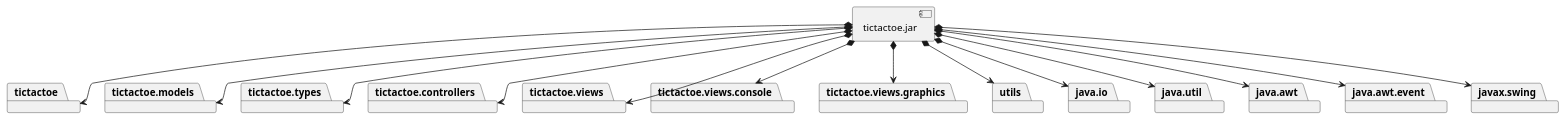
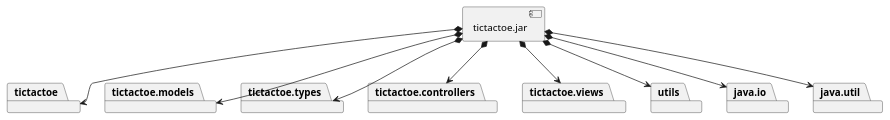
One commit to x-USantaTecla-game-ticTacToe/java changed the third of 4 diagrams in docs/src/docs/asciidoc/index.adoc. Above: the diagram before and after it, drawn with PlantUML. The commit also changed other lines of this file and 95 other files, not shown here.

```diff
--- a/docs/src/docs/asciidoc/index.adoc
+++ b/docs/src/docs/asciidoc/index.adoc
@@ -684,46 +704,31 @@
 [plantuml,diagramaImplementacion,svg]
 ....
 
 package "  "  as tictactoe {
 }
 package "  "  as tictactoe.models {
 }
 package "  "  as tictactoe.types {
 }
 package "  "  as tictactoe.controllers {
 }
 package "  "  as tictactoe.views {
 }
-package "  "  as tictactoe.views.console {
-}
-package "  "  as tictactoe.views.graphics {
-}
 package "  "  as utils {
 }
 package "  "  as java.io {
 }
 package "  "  as java.util {
-}
-package "  "  as java.awt {
-}
-package "  "  as java.awt.event {
-}
-package "  "  as javax.swing {
 }
 
 [tictactoe.jar] as jar
 
 jar *--> tictactoe
 jar *--> tictactoe.models
 jar *--> tictactoe.types
 jar *--> tictactoe.controllers
 jar *--> tictactoe.views
-jar *--> tictactoe.views.console
-jar *--> tictactoe.views.graphics
 jar *--> utils
 jar *--> java.io
 jar *--> java.util
-jar *--> java.awt
-jar *--> java.awt.event
-jar *--> javax.swing
 ....
```
